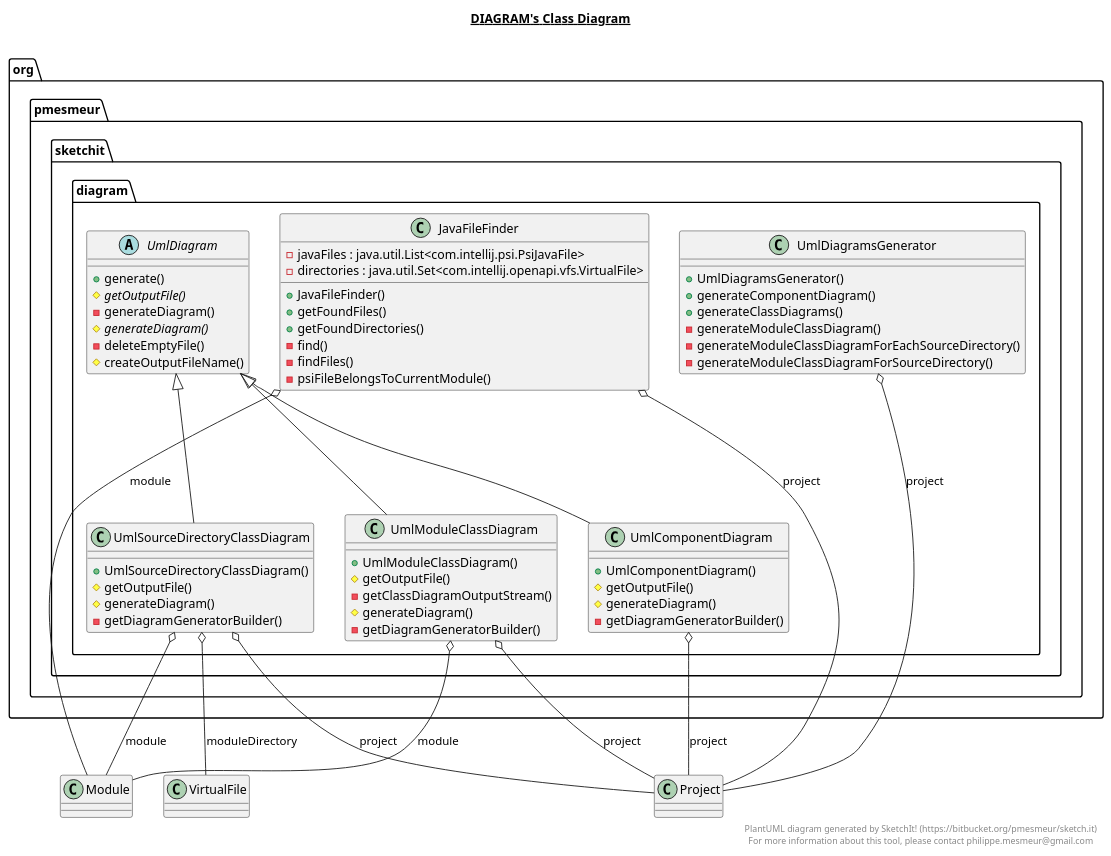
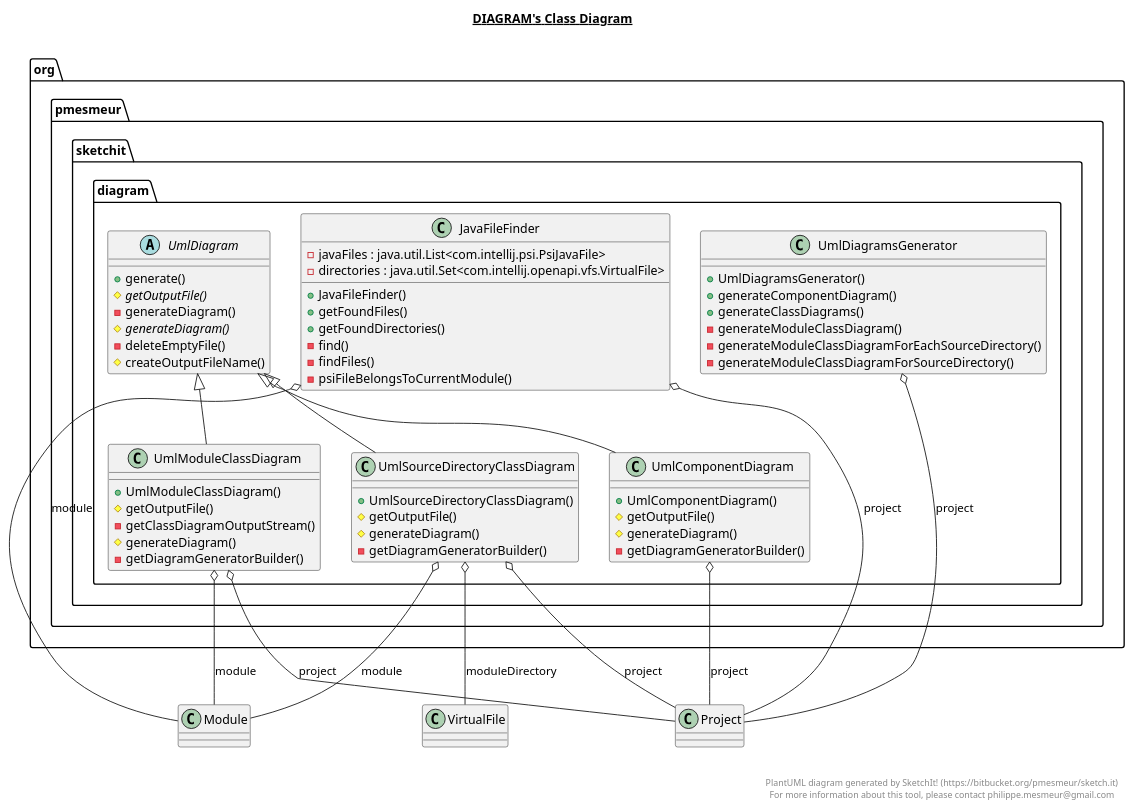
One commit to bigjimlefou/sketch.it changed the diagram in src/org/pmesmeur/sketchit/diagram/diagram.plantuml. Above: the diagram before and after it, drawn with PlantUML. The commit also changed 5 other files, not shown here.

Commit message:
Update UML models

```diff
--- a/src/org/pmesmeur/sketchit/diagram/diagram.plantuml
+++ b/src/org/pmesmeur/sketchit/diagram/diagram.plantuml
@@ -1,104 +1,107 @@
 @startuml
 
 title __DIAGRAM's Class Diagram__\n
 
-package org.pmesmeur.sketchit {
-package org.pmesmeur.sketchit.diagram {
-abstract class UmlDiagram {
-  + generate()
-  {abstract} # getOutputFile()
-  - generateDiagram()
-  {abstract} # generateDiagram()
-  - deleteEmptyFile()
-  # createOutputFileName()
-}
-}
-}
+  package org.pmesmeur.sketchit {
+    package org.pmesmeur.sketchit.diagram {
+      class JavaFileFinder {
+          - javaFiles : java.util.List<com.intellij.psi.PsiJavaFile>
+          - directories : java.util.Set<com.intellij.openapi.vfs.VirtualFile>
+          + JavaFileFinder()
+          + getFoundFiles()
+          + getFoundDirectories()
+          - find()
+          - findFiles()
+          - psiFileBelongsToCurrentModule()
+      }
+    }
+  }
+  
+
+  package org.pmesmeur.sketchit {
+    package org.pmesmeur.sketchit.diagram {
+      class UmlComponentDiagram {
+          + UmlComponentDiagram()
+          # getOutputFile()
+          # generateDiagram()
+          - getDiagramGeneratorBuilder()
+      }
+    }
+  }
+  
+
+  package org.pmesmeur.sketchit {
+    package org.pmesmeur.sketchit.diagram {
+      abstract class UmlDiagram {
+          + generate()
+          {abstract} # getOutputFile()
+          - generateDiagram()
+          {abstract} # generateDiagram()
+          - deleteEmptyFile()
+          # createOutputFileName()
+      }
+    }
+  }
+  
+
+  package org.pmesmeur.sketchit {
+    package org.pmesmeur.sketchit.diagram {
+      class UmlDiagramsGenerator {
+          + UmlDiagramsGenerator()
+          + generateComponentDiagram()
+          + generateClassDiagrams()
+          - generateModuleClassDiagram()
+          - generateModuleClassDiagramForEachSourceDirectory()
+          - generateModuleClassDiagramForSourceDirectory()
+      }
+    }
+  }
+  
+
+  package org.pmesmeur.sketchit {
+    package org.pmesmeur.sketchit.diagram {
+      class UmlModuleClassDiagram {
+          + UmlModuleClassDiagram()
+          # getOutputFile()
+          - getClassDiagramOutputStream()
+          # generateDiagram()
+          - getDiagramGeneratorBuilder()
+      }
+    }
+  }
+  
+
+  package org.pmesmeur.sketchit {
+    package org.pmesmeur.sketchit.diagram {
+      class UmlSourceDirectoryClassDiagram {
+          + UmlSourceDirectoryClassDiagram()
+          # getOutputFile()
+          # generateDiagram()
+          - getDiagramGeneratorBuilder()
+      }
+    }
+  }
+  
+
+  JavaFileFinder o-- Project : project
+  JavaFileFinder o-- Module : module
+  UmlComponentDiagram -up-|> UmlDiagram
+  UmlComponentDiagram o-- Project : project
+  UmlDiagramsGenerator o-- Project : project
+  UmlModuleClassDiagram -up-|> UmlDiagram
+  UmlModuleClassDiagram o-- Project : project
+  UmlModuleClassDiagram o-- Module : module
+  UmlSourceDirectoryClassDiagram -up-|> UmlDiagram
+  UmlSourceDirectoryClassDiagram o-- Project : project
+  UmlSourceDirectoryClassDiagram o-- Module : module
+  UmlSourceDirectoryClassDiagram o-- VirtualFile : moduleDirectory
 
 
-package org.pmesmeur.sketchit {
-package org.pmesmeur.sketchit.diagram {
-class JavaFileFinder {
-  - javaFiles : java.util.List<com.intellij.psi.PsiJavaFile>
-  - directories : java.util.Set<com.intellij.openapi.vfs.VirtualFile>
-  + JavaFileFinder()
-  + getFoundFiles()
-  + getFoundDirectories()
-  - find()
-  - findFiles()
-  - psiFileBelongsToCurrentModule()
-}
-}
-}
+right footer
 
 
-package org.pmesmeur.sketchit {
-package org.pmesmeur.sketchit.diagram {
-class UmlSourceDirectoryClassDiagram {
-  + UmlSourceDirectoryClassDiagram()
-  # getOutputFile()
-  # generateDiagram()
-  - getDiagramGeneratorBuilder()
-}
-}
-}
-
-
-package org.pmesmeur.sketchit {
-package org.pmesmeur.sketchit.diagram {
-class UmlComponentDiagram {
-  + UmlComponentDiagram()
-  # getOutputFile()
-  # generateDiagram()
-  - getDiagramGeneratorBuilder()
-}
-}
-}
-
-
-package org.pmesmeur.sketchit {
-package org.pmesmeur.sketchit.diagram {
-class UmlModuleClassDiagram {
-  + UmlModuleClassDiagram()
-  # getOutputFile()
-  - getClassDiagramOutputStream()
-  # generateDiagram()
-  - getDiagramGeneratorBuilder()
-}
-}
-}
-
-
-package org.pmesmeur.sketchit {
-package org.pmesmeur.sketchit.diagram {
-class UmlDiagramsGenerator {
-  + UmlDiagramsGenerator()
-  + generateComponentDiagram()
-  + generateClassDiagrams()
-  - generateModuleClassDiagram()
-  - generateModuleClassDiagramForEachSourceDirectory()
-  - generateModuleClassDiagramForSourceDirectory()
-}
-}
-}
-
-
-JavaFileFinder o-- Project : project
-JavaFileFinder o-- Module : module
-UmlSourceDirectoryClassDiagram -up--|> UmlDiagram
-UmlSourceDirectoryClassDiagram o-- Project : project
-UmlSourceDirectoryClassDiagram o-- Module : module
-UmlSourceDirectoryClassDiagram o-- VirtualFile : moduleDirectory
-UmlComponentDiagram -up--|> UmlDiagram
-UmlComponentDiagram o-- Project : project
-UmlModuleClassDiagram -up--|> UmlDiagram
-UmlModuleClassDiagram o-- Project : project
-UmlModuleClassDiagram o-- Module : module
-UmlDiagramsGenerator o-- Project : project
-
-right footer
 PlantUML diagram generated by SketchIt! (https://bitbucket.org/pmesmeur/sketch.it)
 For more information about this tool, please contact philippe.mesmeur@gmail.com
 endfooter
 
 @enduml
```
